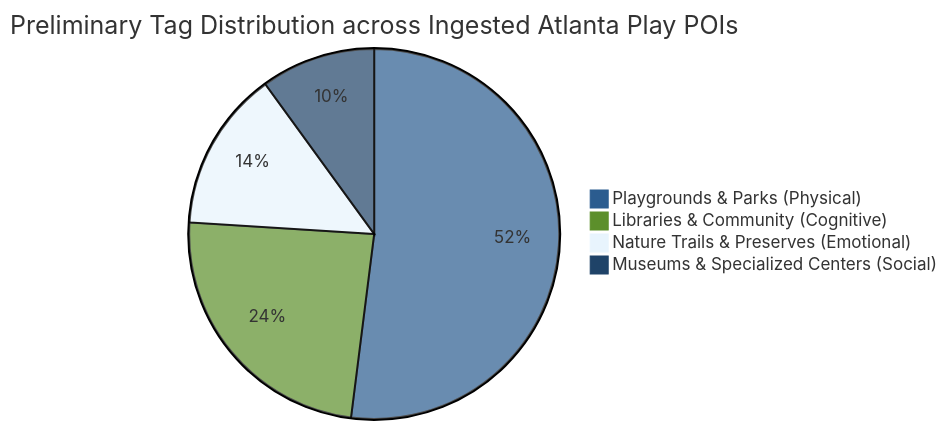
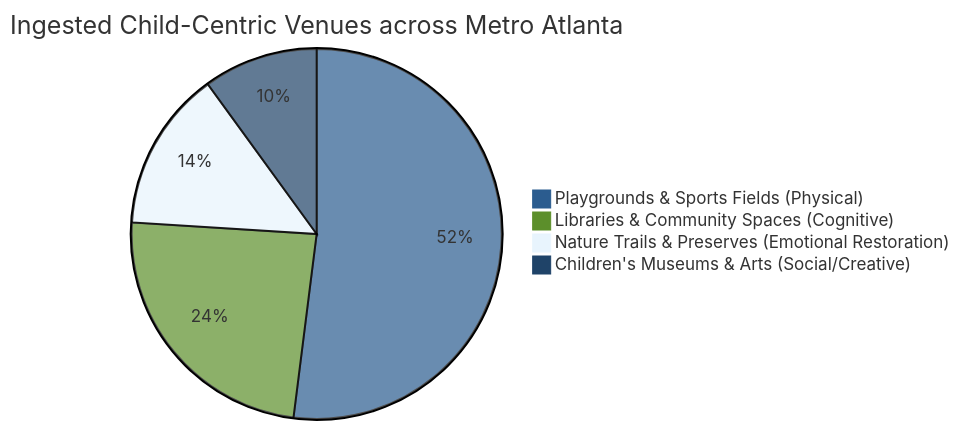
Before and after one commit to manoj-android/cse-6242-project: the fourth of 5 diagrams in projectwork/docs/progress_report.md, drawn with Mermaid. The commit also changed other lines of this file, not shown here.

````diff
--- a/projectwork/docs/progress_report.md
+++ b/projectwork/docs/progress_report.md
@@ -428,8 +187,8 @@
 ```mermaid
 %%{init: {'theme': 'base', 'themeVariables': { 'primaryColor': '#2b5c8f', 'edgeLabelBackground':'#ffffff', 'tertiaryColor': '#e8f4fd'}}}%%
-pie title Preliminary Tag Distribution across Ingested Atlanta Play POIs
-    "Playgrounds & Parks (Physical)" : 52
-    "Libraries & Community (Cognitive)" : 24
-    "Nature Trails & Preserves (Emotional)" : 14
-    "Museums & Specialized Centers (Social)" : 10
+pie title Ingested Child-Centric Venues across Metro Atlanta
+    "Playgrounds & Sports Fields (Physical)" : 52
+    "Libraries & Community Spaces (Cognitive)" : 24
+    "Nature Trails & Preserves (Emotional Restoration)" : 14
+    "Children's Museums & Arts (Social/Creative)" : 10
 ```
````
